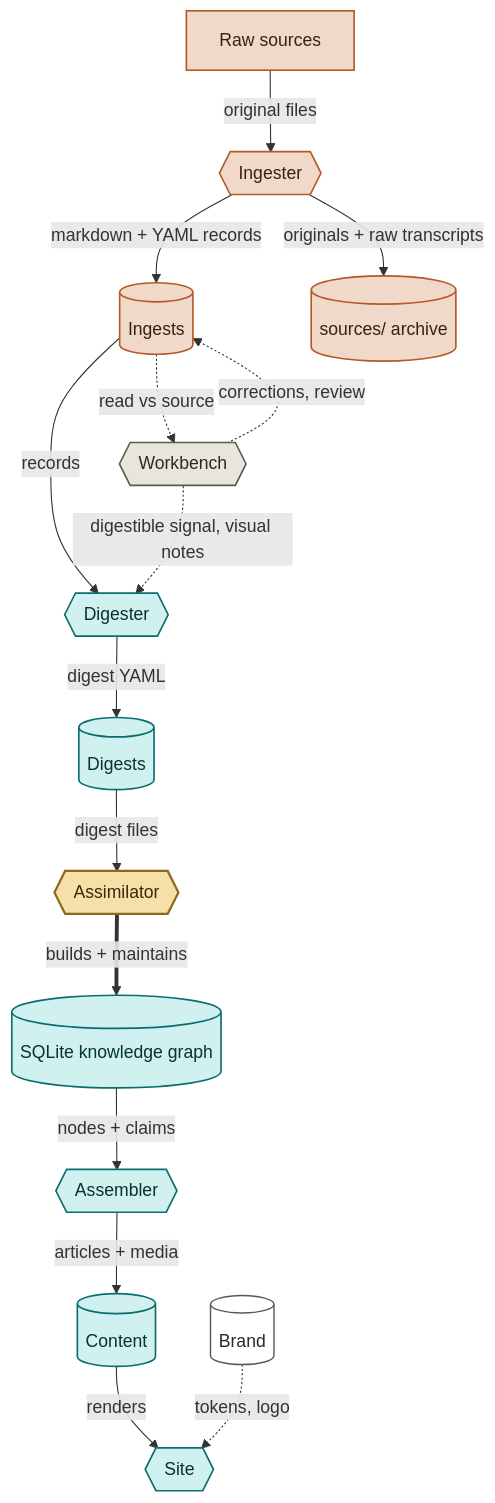
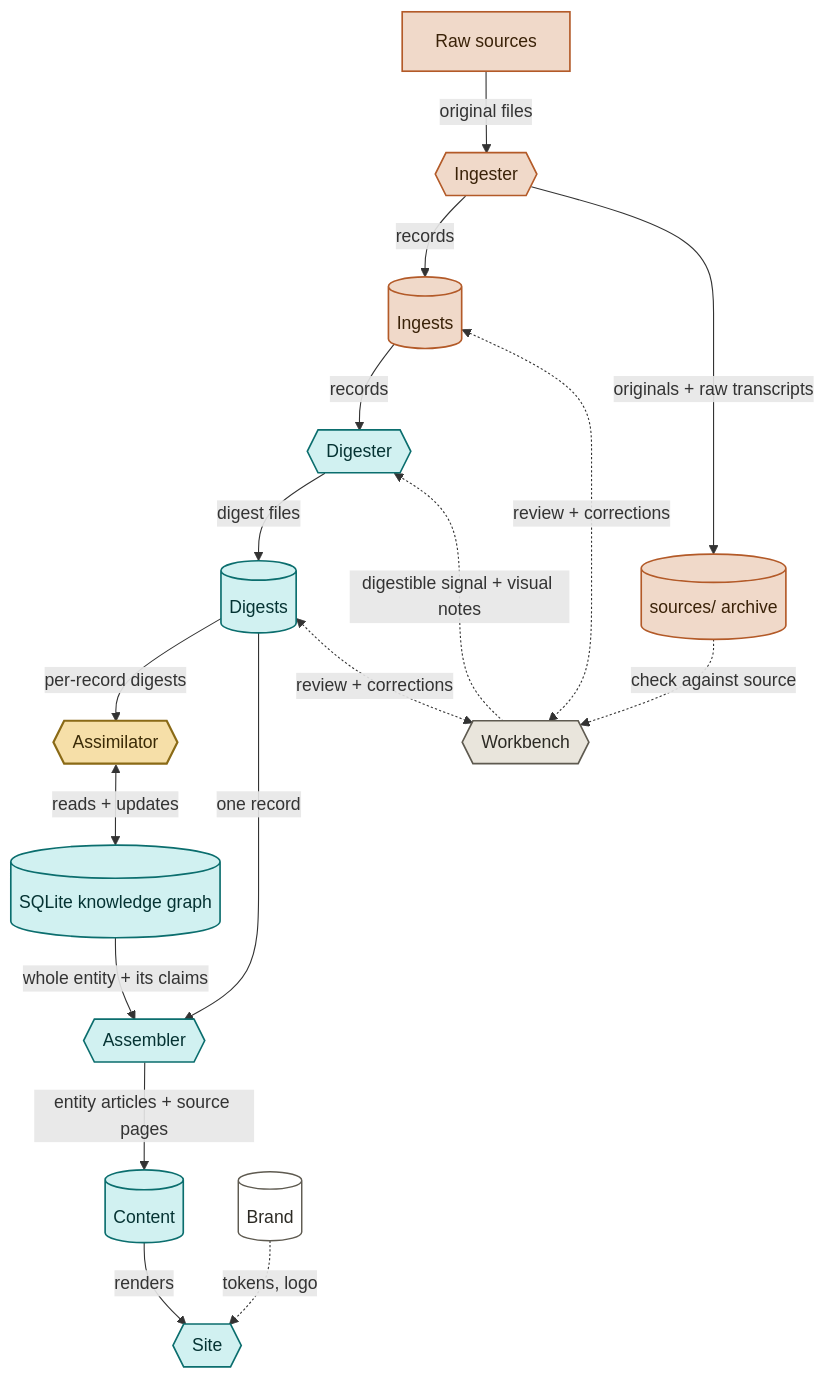
One commit to anomalica/site changed the diagram in assets/architecture/pipeline.mmd. Above: the diagram before and after it, drawn with Mermaid. The commit also changed 3 other files, not shown here.

First line of the commit message:
fix(architecture): correct pipeline model and relabel to "Architecture"

```diff
--- a/assets/architecture/pipeline.mmd
+++ b/assets/architecture/pipeline.mmd
@@ -1,49 +1,51 @@
 flowchart TB
   classDef priv fill:#F0D9C9,stroke:#B35A28,stroke-width:1.5px,color:#3a2208;
   classDef pub fill:#D1F1F1,stroke:#0B6E6E,stroke-width:1.5px,color:#053333;
   classDef rev fill:#E9E5DC,stroke:#5E5A50,stroke-width:1.5px,color:#2c2a24;
   classDef store fill:#ffffff,stroke:#5E5A50,stroke-width:1.3px,color:#2c2a24;
   classDef new fill:#F6DFA8,stroke:#8a6a16,stroke-width:2px,color:#3a2a06;
 
   raw["Raw sources"]:::priv
   ingester{{"Ingester"}}:::priv
   ingests[("Ingests")]:::priv
   archive[("sources/ archive")]:::priv
   workbench{{"Workbench"}}:::rev
   digester{{"Digester"}}:::pub
   digests[("Digests")]:::pub
   assimilator{{"Assimilator"}}:::new
   kg[("SQLite knowledge graph")]:::pub
   assembler{{"Assembler"}}:::pub
   content[("Content")]:::pub
   site{{"Site"}}:::pub
   brand[("Brand")]:::store
 
   raw -->|"original files"| ingester
-  ingester -->|"markdown + YAML records"| ingests
+  ingester -->|"records"| ingests
   ingester -->|"originals + raw transcripts"| archive
   ingests -->|"records"| digester
-  digester -->|"digest YAML"| digests
-  digests -->|"digest files"| assimilator
-  assimilator ==>|"builds + maintains"| kg
-  kg -->|"nodes + claims"| assembler
-  assembler -->|"articles + media"| content
+  digester -->|"digest files"| digests
+  digests -->|"per-record digests"| assimilator
+  assimilator <-->|"reads + updates"| kg
+  kg -->|"whole entity + its claims"| assembler
+  digests -->|"one record"| assembler
+  assembler -->|"entity articles + source pages"| content
   content -->|"renders"| site
   brand -.->|"tokens, logo"| site
-  ingests -.->|"read vs source"| workbench
-  workbench -.->|"corrections, review"| ingests
-  workbench -.->|"digestible signal, visual notes"| digester
+  ingests <-.->|"review + corrections"| workbench
+  digests <-.->|"review + corrections"| workbench
+  archive -.->|"check against source"| workbench
+  workbench -.->|"digestible signal + visual notes"| digester
 
   click raw nodeClick
   click ingester nodeClick
   click ingests nodeClick
   click archive nodeClick
   click workbench nodeClick
   click digester nodeClick
   click digests nodeClick
   click assimilator nodeClick
   click kg nodeClick
   click assembler nodeClick
   click content nodeClick
   click site nodeClick
   click brand nodeClick
```
